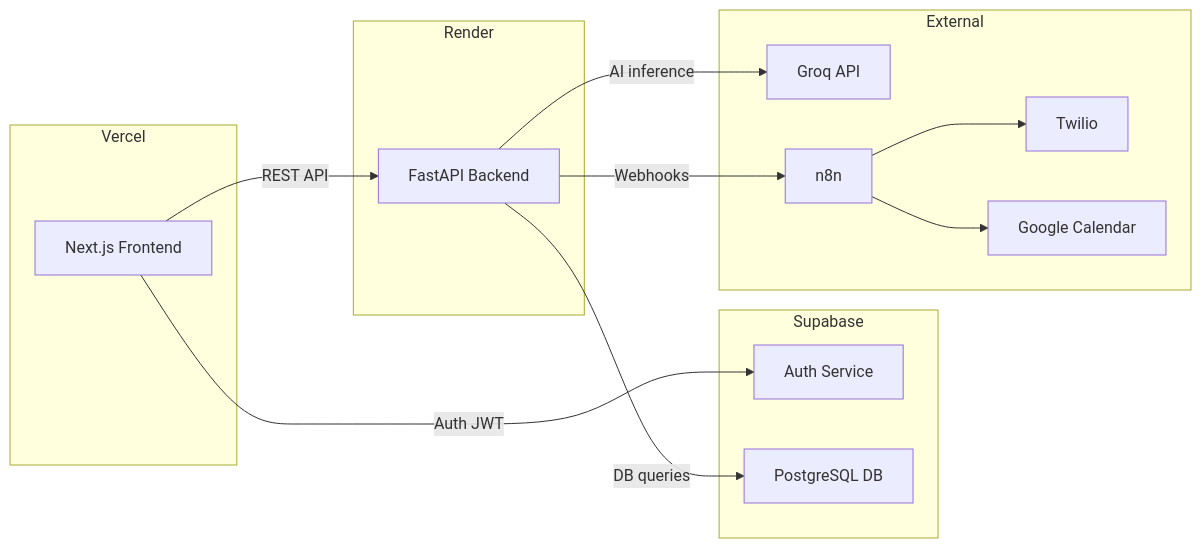
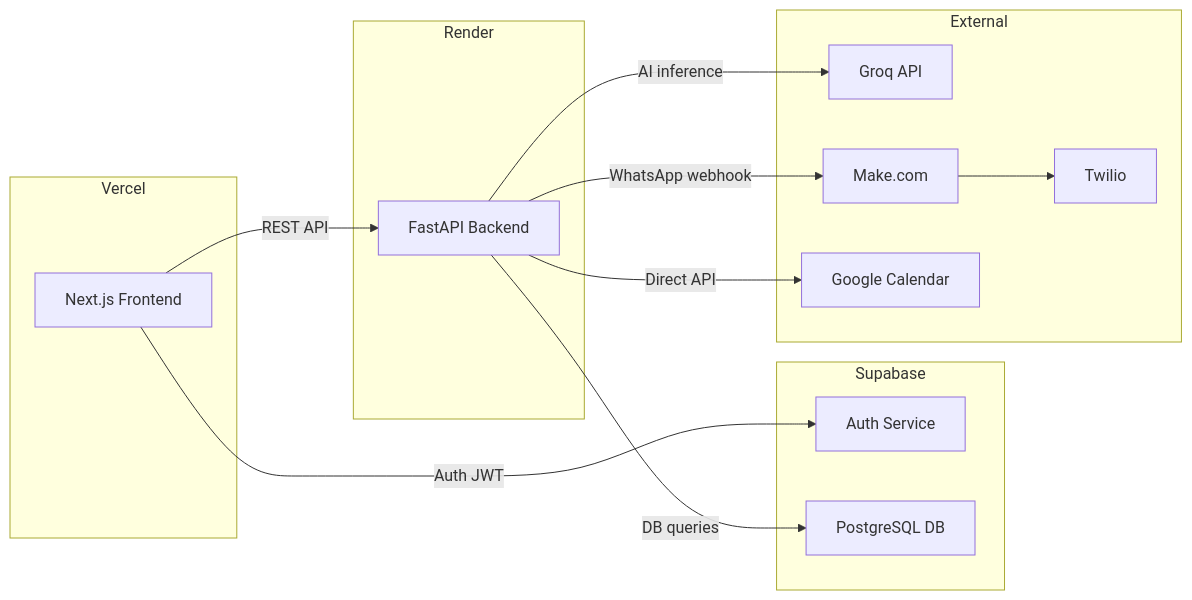
One commit to AdharshJolly/Academix changed the second of 9 diagrams in docs/ARCHITECTURE.md. Above: the diagram before and after it, drawn with Mermaid. The commit also changed other lines of this file and 28 other files, not shown here.

````diff
--- a/docs/ARCHITECTURE.md
+++ b/docs/ARCHITECTURE.md
@@ -57,30 +57,30 @@
 ```mermaid
 graph LR
     subgraph Vercel
         FE["Next.js Frontend"]
     end
 
     subgraph Render
         BE["FastAPI Backend"]
     end
 
     subgraph Supabase
         AUTH["Auth Service"]
         PG["PostgreSQL DB"]
     end
 
     subgraph External
         GROQ["Groq API"]
-        N8N["n8n"]
+        MAKE["Make.com"]
         TWILIO["Twilio"]
         GCAL["Google Calendar"]
     end
 
     FE -- "REST API" --> BE
     FE -- "Auth JWT" --> AUTH
     BE -- "DB queries" --> PG
     BE -- "AI inference" --> GROQ
-    BE -- "Webhooks" --> N8N
-    N8N --> TWILIO
-    N8N --> GCAL
+    BE -- "Direct API" --> GCAL
+    BE -- "WhatsApp webhook" --> MAKE
+    MAKE --> TWILIO
 ```
````
